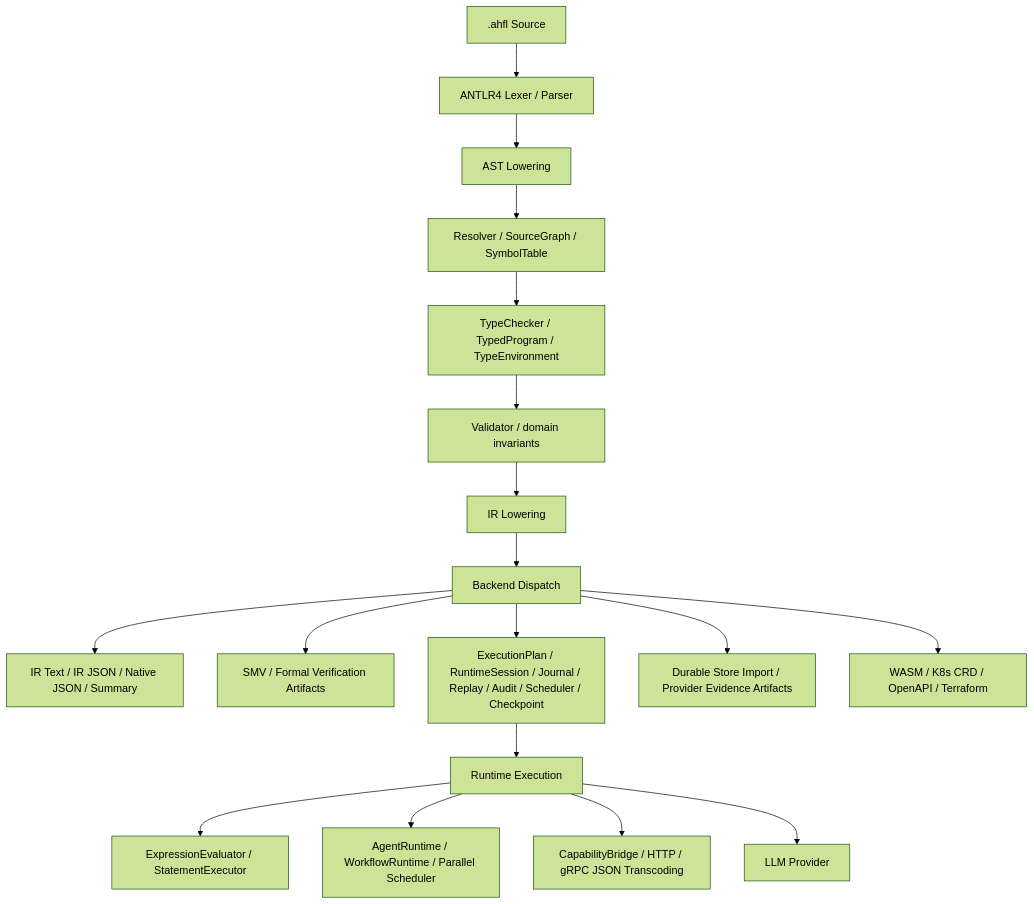
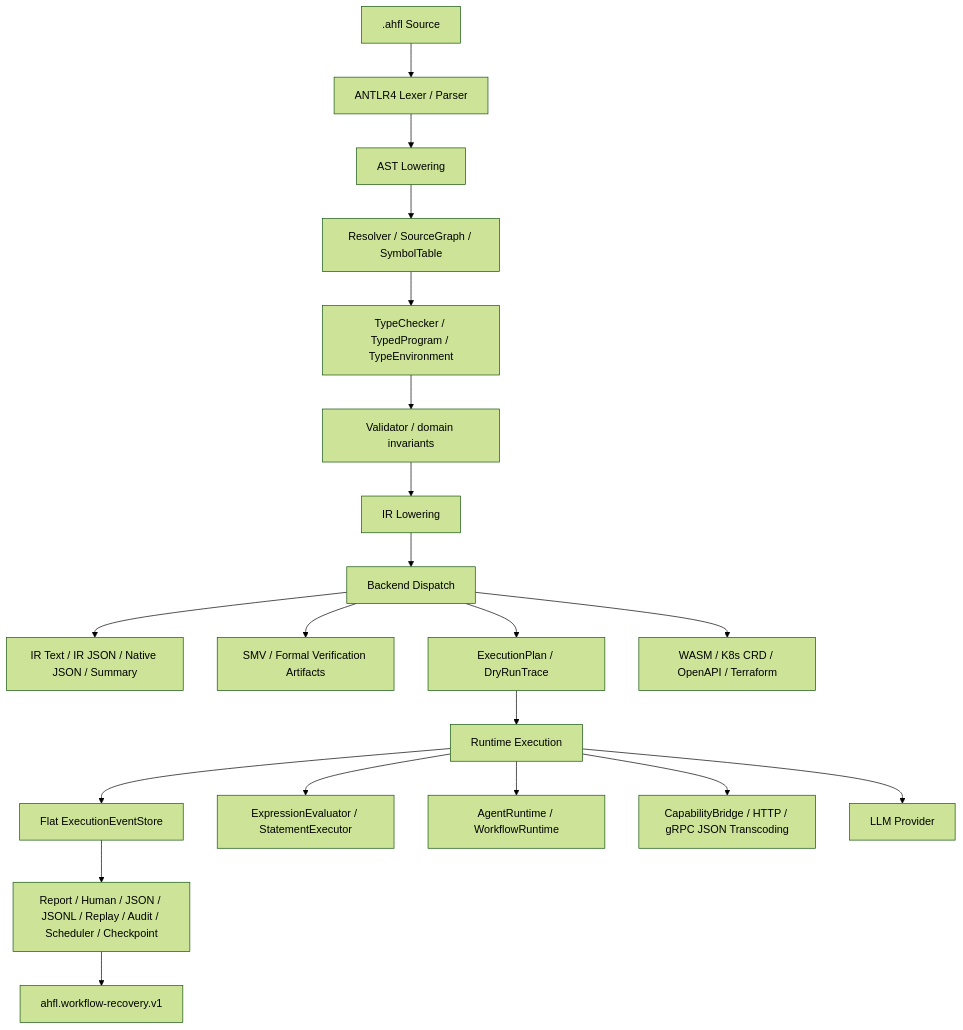
One commit to Zzzode/AHFL changed the first of 2 diagrams in docs/plans/project-status.zh.md. Above: the diagram before and after it, drawn with Mermaid (forest theme). The commit also changed other lines of this file and 26 other files, not shown here.

````diff
--- a/docs/plans/project-status.zh.md
+++ b/docs/plans/project-status.zh.md
@@ -26,20 +26,22 @@
 ```mermaid
 flowchart TD
     Source[".ahfl Source"] --> Parser["ANTLR4 Lexer / Parser"]
     Parser --> Frontend["AST Lowering"]
     Frontend --> Resolver["Resolver / SourceGraph / SymbolTable"]
     Resolver --> TypeCheck["TypeChecker / TypedProgram / TypeEnvironment"]
     TypeCheck --> Validate["Validator / domain invariants"]
     Validate --> IRLower["IR Lowering"]
     IRLower --> BackendDispatch["Backend Dispatch"]
     BackendDispatch --> CoreArtifacts["IR Text / IR JSON / Native JSON / Summary"]
     BackendDispatch --> FormalArtifacts["SMV / Formal Verification Artifacts"]
-    BackendDispatch --> RuntimeArtifacts["ExecutionPlan / RuntimeSession / Journal / Replay / Audit / Scheduler / Checkpoint"]
-    BackendDispatch --> ProviderArtifacts["Durable Store Import / Provider Evidence Artifacts"]
+    BackendDispatch --> RuntimeArtifacts["ExecutionPlan / DryRunTrace"]
     BackendDispatch --> TargetArtifacts["WASM / K8s CRD / OpenAPI / Terraform"]
     RuntimeArtifacts --> Runtime["Runtime Execution"]
+    Runtime --> Events["Flat ExecutionEventStore"]
+    Events --> Projections["Report / Human / JSON / JSONL / Replay / Audit / Scheduler / Checkpoint"]
+    Projections --> Recovery["ahfl.workflow-recovery.v1"]
     Runtime --> Evaluator["ExpressionEvaluator / StatementExecutor"]
-    Runtime --> Engines["AgentRuntime / WorkflowRuntime / Parallel Scheduler"]
+    Runtime --> Engines["AgentRuntime / WorkflowRuntime"]
     Runtime --> Capability["CapabilityBridge / HTTP / gRPC JSON Transcoding"]
     Runtime --> LLM["LLM Provider"]
 ```
````
